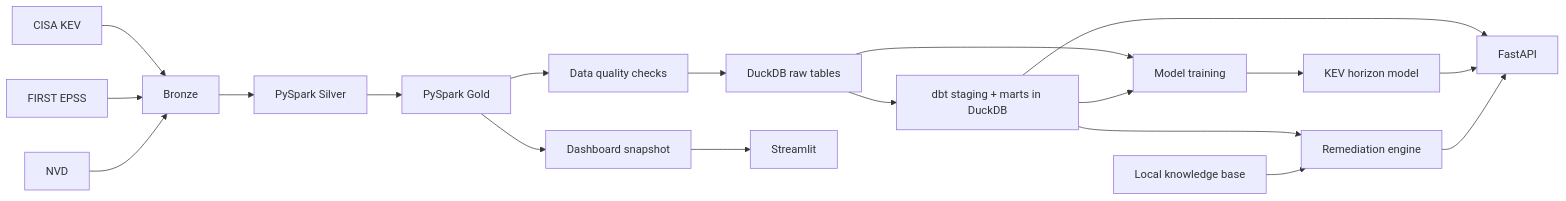
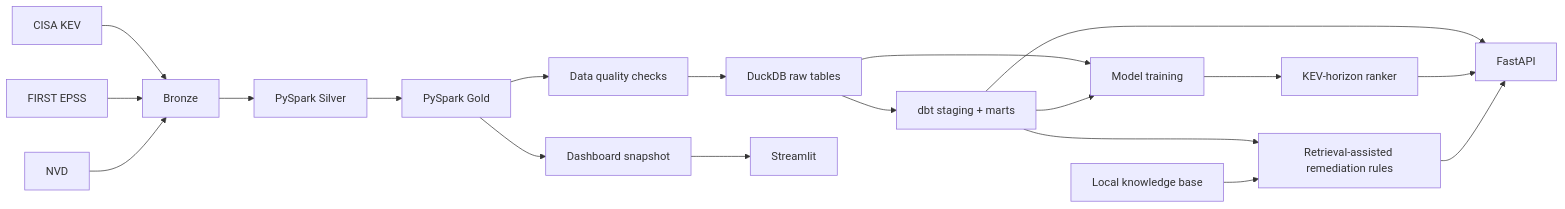
The diagram in README.md (momo840505/cyber-risk-intelligence-lakehouse), drawn with Mermaid before and after one commit. The commit also changed other lines of this file, not shown here.

Commit message:
Fix model and remediation descriptions

````diff
--- a/README.md
+++ b/README.md
@@ -14,28 +16,26 @@
 ```mermaid
 flowchart LR
     A[CISA KEV] --> D[Bronze]
     B[FIRST EPSS] --> D
     C[NVD] --> D
 
     D --> E[PySpark Silver]
     E --> F[PySpark Gold]
-
     F --> G[Data quality checks]
     G --> H[DuckDB raw tables]
 
-    H --> I[dbt staging + marts in DuckDB]
-
+    H --> I[dbt staging + marts]
     H --> J[Model training]
     I --> J
-    J --> K[KEV horizon model]
+    J --> K[KEV-horizon ranker]
 
-    I --> L[Remediation engine]
+    I --> L[Retrieval-assisted remediation rules]
     Q[Local knowledge base] --> L
 
     I --> M[FastAPI]
     K --> M
     L --> M
 
     F --> N[Dashboard snapshot]
     N --> O[Streamlit]
 ```
````
